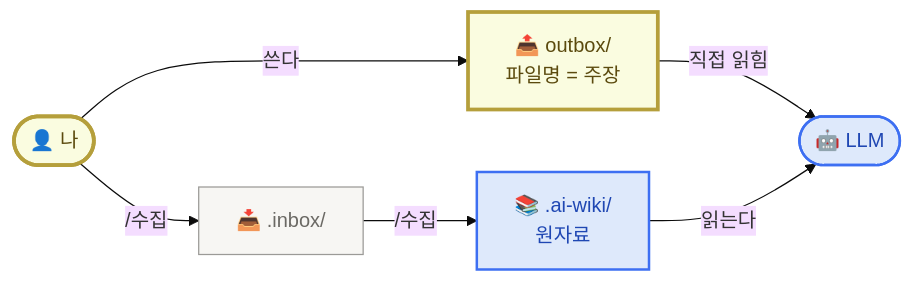
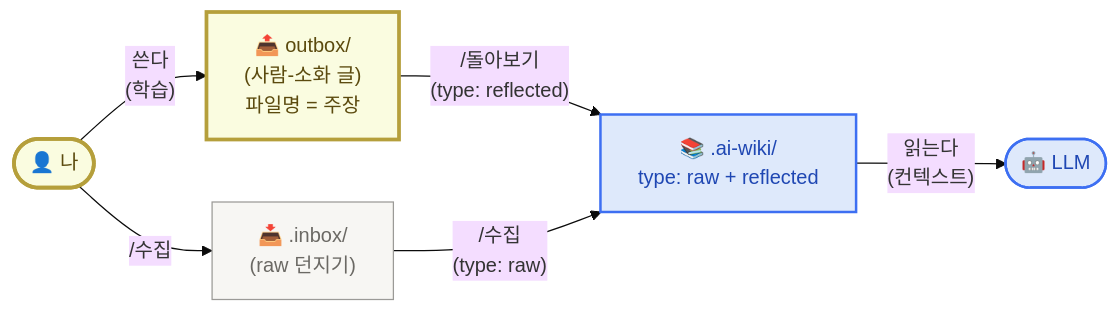
One commit to imakerjun/ai-learning-agent-workshop changed the first of 2 diagrams in content/mechanism.mdx. Above: the diagram before and after it, drawn with Mermaid (base theme). The commit also changed other lines of this file and 31 other files, not shown here.

````diff
--- a/content/mechanism.mdx
+++ b/content/mechanism.mdx
@@ -28,25 +32,25 @@
 ```mermaid
 flowchart LR
     Me(["👤 나"])
-    Out["📤 outbox/<br/>파일명 = 주장"]
-    In["📥 .inbox/"]
-    AI["📚 .ai-wiki/<br/>원자료"]
+    Out["📤 outbox/<br/>(사람-소화 글)<br/>파일명 = 주장"]
+    In["📥 .inbox/<br/>(raw 던지기)"]
+    AI["📚 .ai-wiki/<br/>type: raw + reflected"]
     LLM(["🤖 LLM"])
 
-    Me -- "쓴다" --> Out
+    Me -- "쓴다<br/>(학습)" --> Out
     Me -- "/수집" --> In
-    Out -- "직접 읽힘" --> LLM
-    In -- "/수집" --> AI
-    AI -- "읽는다" --> LLM
+    Out -- "/돌아보기<br/>(type: reflected)" --> AI
+    In -- "/수집<br/>(type: raw)" --> AI
+    AI -- "읽는다<br/>(컨텍스트)" --> LLM
 
     classDef me fill:#fafce0,stroke:#b59f3b,stroke-width:3px,color:#5b4a0e
     classDef out fill:#fafce0,stroke:#b59f3b,stroke-width:3px,color:#5b4a0e
     classDef in fill:#f7f6f3,stroke:#9b9a97,color:#6b6964
     classDef ai fill:#dee9fb,stroke:#3d6ff2,stroke-width:2px,color:#1f47b3
     classDef llm fill:#dee9fb,stroke:#3d6ff2,stroke-width:2px,color:#1f47b3
     class Me me
     class Out out
     class In in
     class AI ai
     class LLM llm
 ```
````
